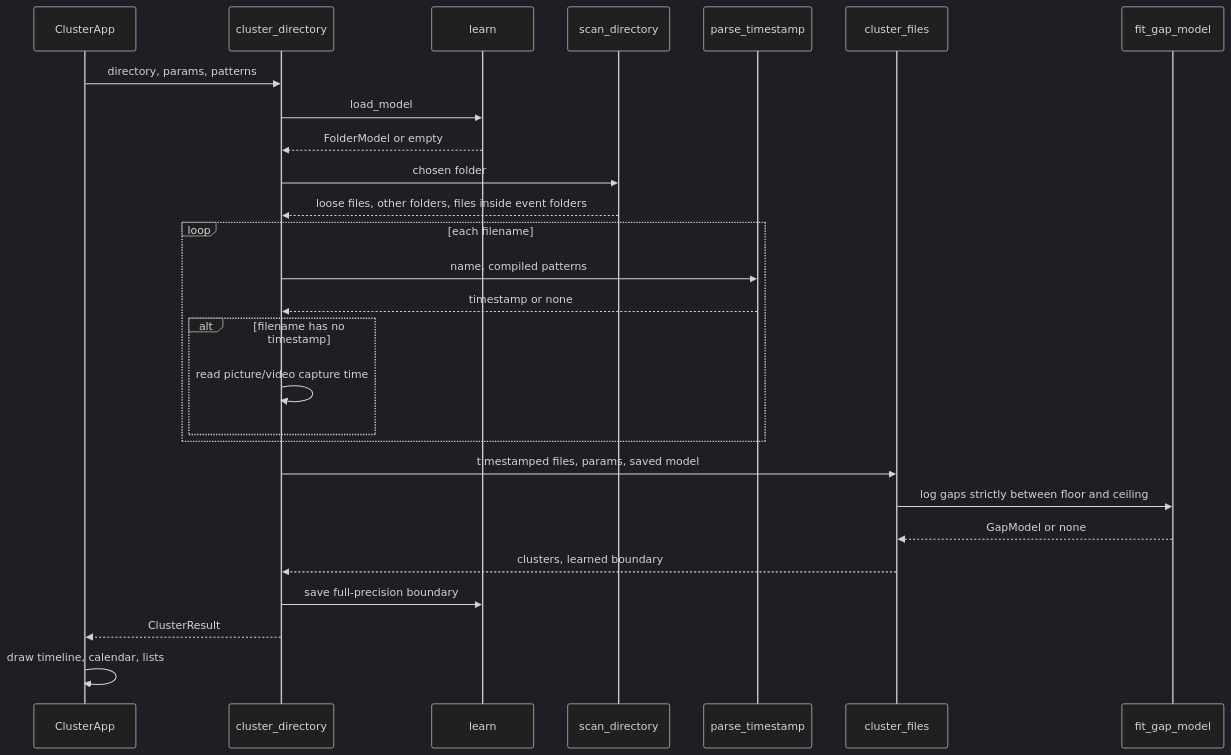
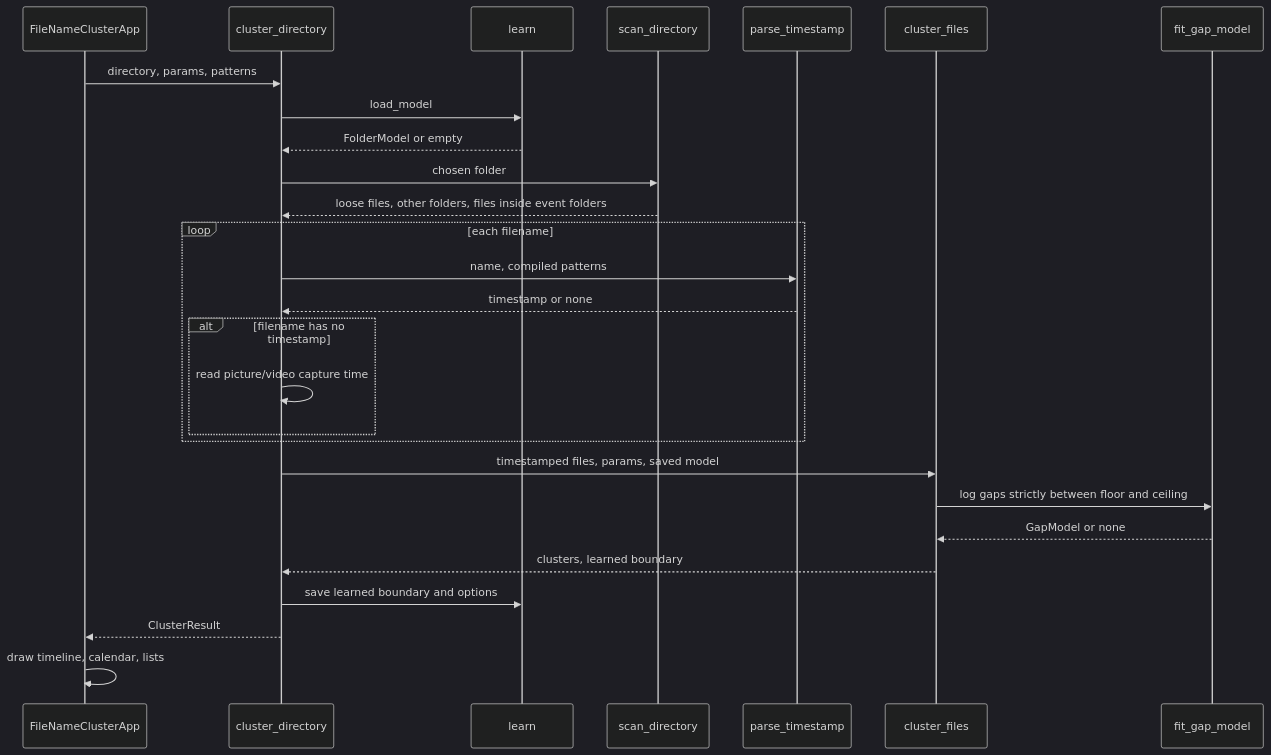
The fourth of 5 diagrams in docs/architecture.md (rvcgeeks/filenamecluster), drawn with Mermaid (dark theme) before and after one commit. The commit also changed other lines of this file and 73 other files, not shown here.

````diff
--- a/docs/architecture.md
+++ b/docs/architecture.md
@@ -207,30 +223,30 @@
 ```mermaid
 sequenceDiagram
-    participant App as ClusterApp
+    participant App as FileNameClusterApp
     participant Pipe as cluster_directory
     participant Model as learn
     participant Scan as scan_directory
     participant Parse as parse_timestamp
     participant Fit as cluster_files
     participant Learn as fit_gap_model
 
     App->>Pipe: directory, params, patterns
     Pipe->>Model: load_model
     Model-->>Pipe: FolderModel or empty
     Pipe->>Scan: chosen folder
     Scan-->>Pipe: loose files, other folders, files inside event folders
     loop each filename
         Pipe->>Parse: name, compiled patterns
         Parse-->>Pipe: timestamp or none
         alt filename has no timestamp
             Pipe->>Pipe: read picture/video capture time
         end
     end
     Pipe->>Fit: timestamped files, params, saved model
     Fit->>Learn: log gaps strictly between floor and ceiling
     Learn-->>Fit: GapModel or none
     Fit-->>Pipe: clusters, learned boundary
-    Pipe->>Model: save full-precision boundary
+    Pipe->>Model: save learned boundary and options
     Pipe-->>App: ClusterResult
     App->>App: draw timeline, calendar, lists
 ```
````
